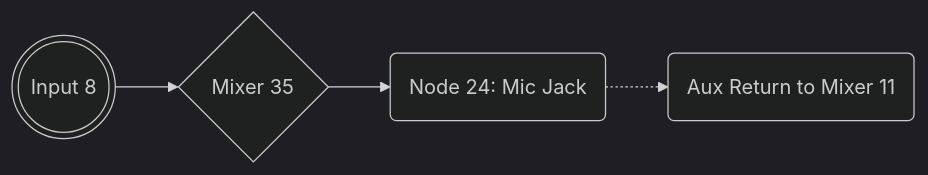
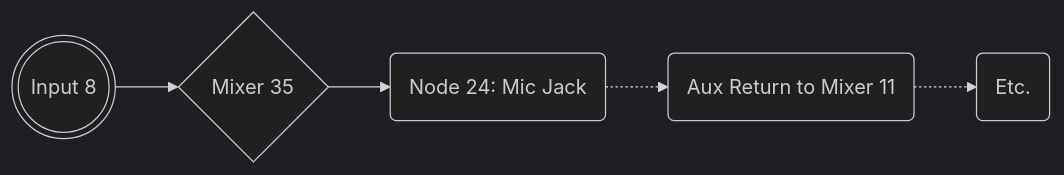
Before and after one commit to 5T33Z0/OC-Little-Translated: the fifth of 7 diagrams in L_ALC_Layout-ID/README.md, drawn with Mermaid (dark theme). The commit also changed other lines of this file, not shown here.

````diff
--- a/L_ALC_Layout-ID/README.md
+++ b/L_ALC_Layout-ID/README.md
@@ -223,4 +224,4 @@
 ```mermaid
 flowchart LR
-       id1(((Input 8))) -->Aid2{Mixer 35} -->id2(Node 24: Mic Jack)-.-> id3(Aux Return to Mixer 11)
+       id1(((Input 8))) -->Aid2{Mixer 35} -->id2(Node 24: Mic Jack)-.-> id3(Aux Return to Mixer 11)-.->id4(Etc.)
 ```
````
